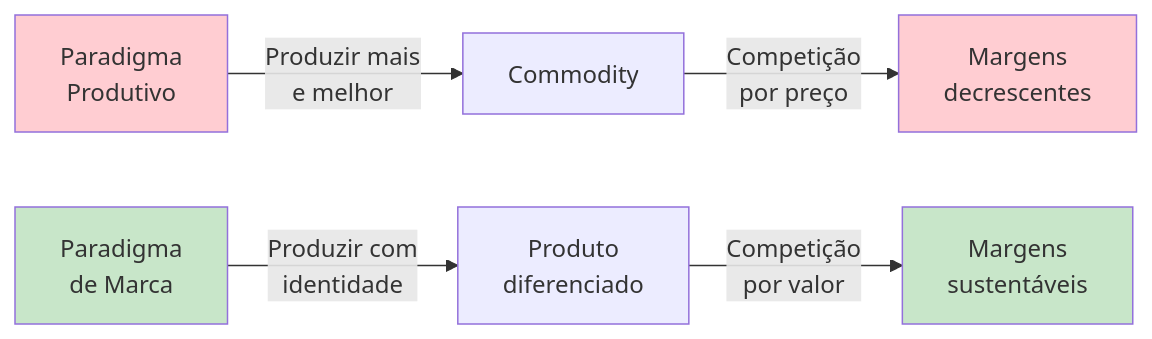
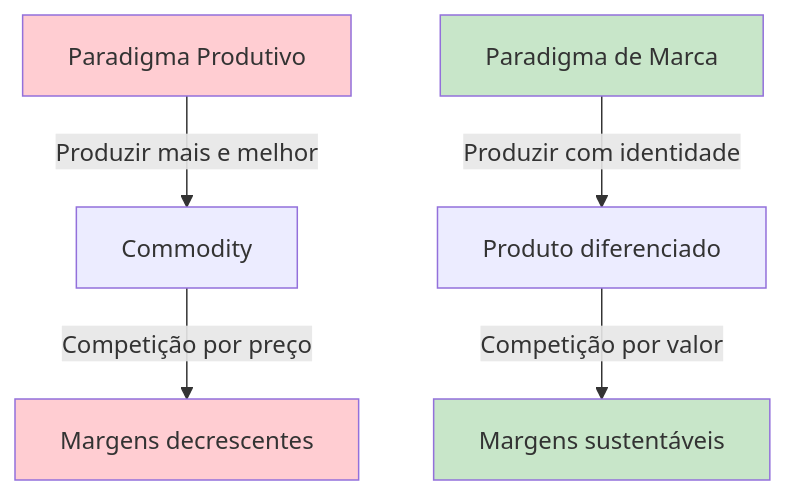
The diagram in books/branding-agro/capitulos/01-transformacoes-mercado-agro.qmd (ldvsantos/cv), drawn with Mermaid before and after one commit. The commit also changed 20 other files, not shown here.

First line of the commit message:
fix: diagramas LR->TB + exemplos visuais de diferenciacao

````diff
--- a/books/branding-agro/capitulos/01-transformacoes-mercado-agro.qmd
+++ b/books/branding-agro/capitulos/01-transformacoes-mercado-agro.qmd
@@ -86,15 +86,15 @@
 ```{mermaid}
 %%| label: fig-paradigma
 %%| fig-cap: "Do paradigma produtivo ao paradigma de marca no agronegócio"
-flowchart LR
-    A["Paradigma<br/>Produtivo"] -->|"Produzir mais<br/>e melhor"| B["Commodity"]
-    B -->|"Competição<br/>por preço"| C["Margens<br/>decrescentes"]
+flowchart TB
+    A["Paradigma Produtivo"] -->|"Produzir mais e melhor"| B["Commodity"]
+    B -->|"Competição por preço"| C["Margens decrescentes"]
     
-    D["Paradigma<br/>de Marca"] -->|"Produzir com<br/>identidade"| E["Produto<br/>diferenciado"]
-    E -->|"Competição<br/>por valor"| F["Margens<br/>sustentáveis"]
+    D["Paradigma de Marca"] -->|"Produzir com identidade"| E["Produto diferenciado"]
+    E -->|"Competição por valor"| F["Margens sustentáveis"]
     
     style A fill:#ffcdd2
     style C fill:#ffcdd2
     style D fill:#c8e6c9
     style F fill:#c8e6c9
 ```
````
